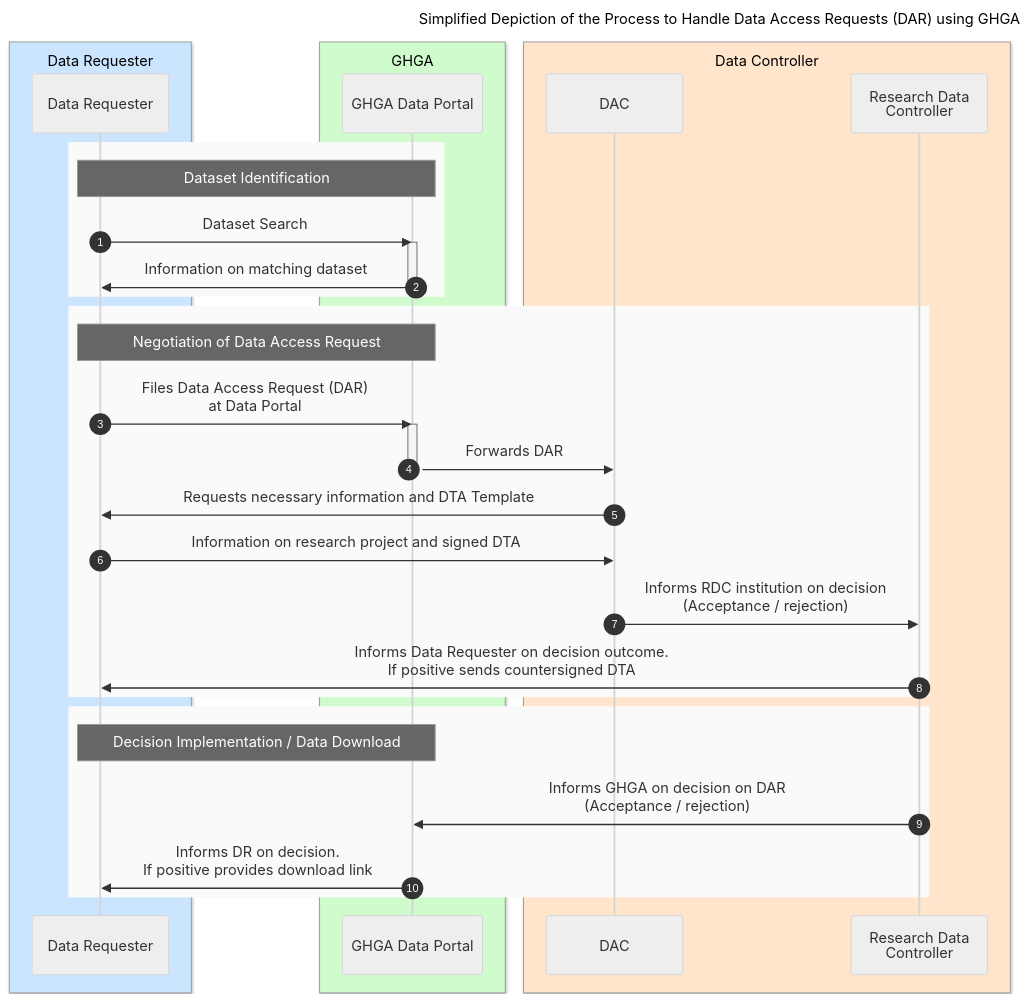
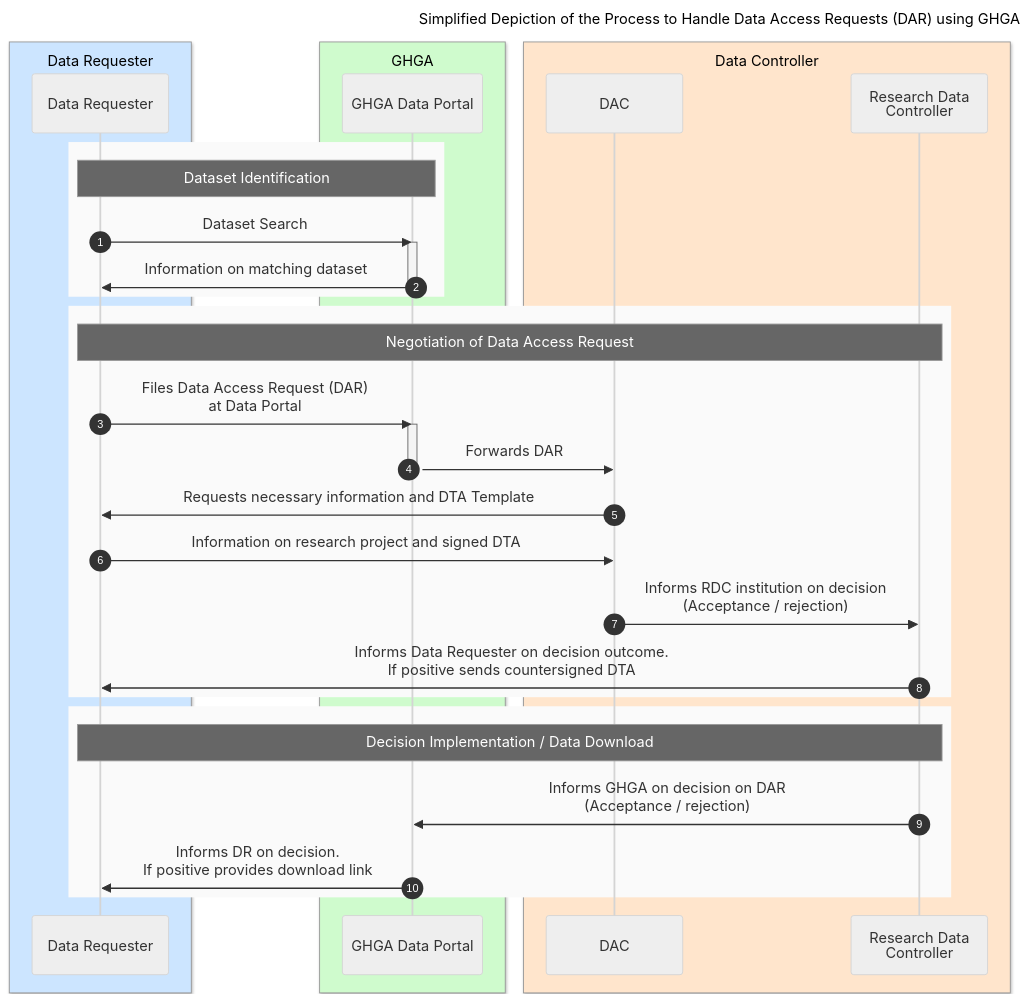
Before and after one commit to ghga-de/docs.ghga.de: the diagram in user_docs/user_stories/dua-guideline.md, drawn with Mermaid (neutral theme). The commit also changed other lines of this file, not shown here.

````diff
--- a/user_docs/user_stories/dua-guideline.md
+++ b/user_docs/user_stories/dua-guideline.md
@@ -23,38 +23,38 @@
 ``` mermaid
 sequenceDiagram
  title Simplified Depiction of the Process to Handle Data Access Requests (DAR) using GHGA
    box rgb(204, 229, 255) Data Requester
       participant DR as Data Requester
    end
    box rgb(207, 251, 205) GHGA
       participant GHGA as GHGA Data Portal
    end
    box rgb(255, 229, 204) Data Controller
       participant DAC
       participant RDC as Research Data<br/>Controller
    end
    autonumber
    rect rgb(250, 250, 250)
    note over DR, GHGA: Dataset Identification
    DR ->> GHGA : Dataset Search
    activate GHGA
    GHGA ->> DR : Information on matching dataset
    deactivate GHGA
    end
    rect rgb(250, 250, 250)
-   note over DR, GHGA: Negotiation of Data Access Request
+   note over DR, RDC: Negotiation of Data Access Request
    DR ->> GHGA : Files Data Access Request (DAR) <br/> at Data Portal
    activate GHGA
    GHGA ->> DAC : Forwards DAR
    deactivate GHGA
    DAC ->> DR : Requests necessary information and DTA Template
    DR ->> DAC : Information on research project and signed DTA
    DAC ->> RDC : Informs RDC institution on decision <br/>(Acceptance / rejection)
    RDC ->> DR : Informs Data Requester on decision outcome. <br/>If positive sends countersigned DTA
    end
    rect rgb(250, 250, 250)
-   note over DR, GHGA: Decision Implementation / Data Download
+   note over DR, RDC: Decision Implementation / Data Download
    RDC ->> GHGA : Informs GHGA on decision on  DAR<br/> (Acceptance / rejection)
    GHGA ->> DR : Informs DR on decision. <br/> If positive provides download link
    end
 ```
````
